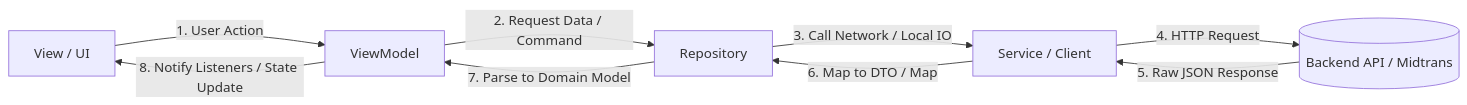
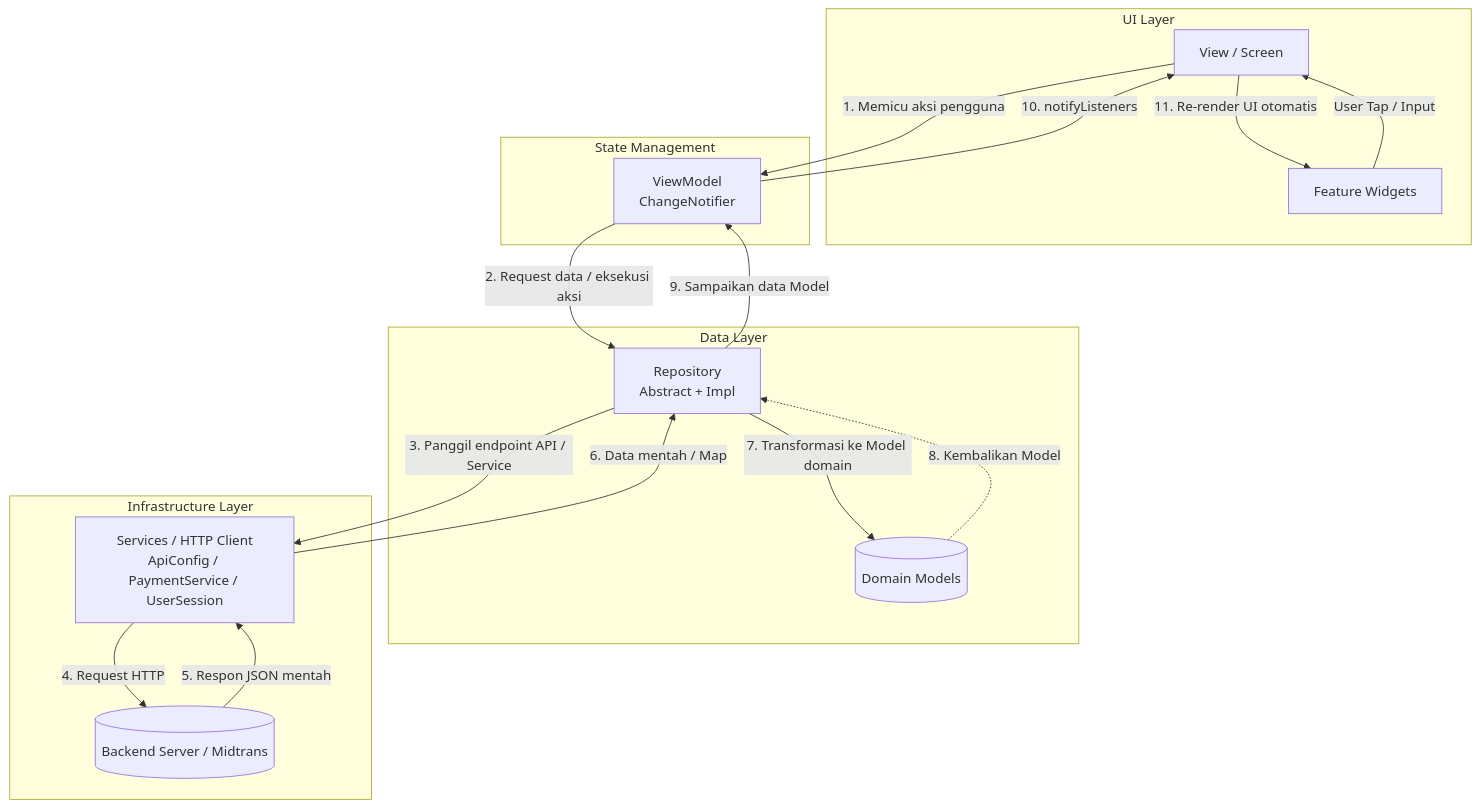
The diagram in ARCHITECTURE.md (maskrisnaaji-cmyk/mobile-app-rbr), drawn with Mermaid before and after one commit. The commit also changed other lines of this file and 7 other files, not shown here.

Commit message:
docs: perbarui ARCHITECTURE.md sesuai struktur final MVVM dan hapus file log sementara

````diff
--- a/ARCHITECTURE.md
+++ b/ARCHITECTURE.md
@@ -174,11 +215,34 @@
 ```mermaid
-flowchart LR
-    A[View / UI] -->|1. User Action| B[ViewModel]
-    B -->|2. Request Data / Command| C[Repository]
-    C -->|3. Call Network / Local IO| D[Service / Client]
-    D -->|4. HTTP Request| E[(Backend API / Midtrans)]
-    E -->|5. Raw JSON Response| D
-    D -->|6. Map to DTO / Map| C
-    C -->|7. Parse to Domain Model| B
-    B -->|8. Notify Listeners / State Update| A
+flowchart TD
+    subgraph UI Layer
+        V[View / Screen]
+        W[Feature Widgets]
+    end
+
+    subgraph State Management
+        VM[ViewModel\nChangeNotifier]
+    end
+
+    subgraph Data Layer
+        R[Repository\nAbstract + Impl]
+        M[(Domain Models)]
+    end
+
+    subgraph Infrastructure Layer
+        S[Services / HTTP Client\nApiConfig / PaymentService / UserSession]
+        API[(Backend Server / Midtrans)]
+    end
+
+    V -->|1. Memicu aksi pengguna| VM
+    W -->|User Tap / Input| V
+    VM -->|2. Request data / eksekusi aksi| R
+    R -->|3. Panggil endpoint API / Service| S
+    S -->|4. Request HTTP| API
+    API -->|5. Respon JSON mentah| S
+    S -->|6. Data mentah / Map| R
+    R -->|7. Transformasi ke Model domain| M
+    M -.->|8. Kembalikan Model| R
+    R -->|9. Sampaikan data Model| VM
+    VM -->|10. notifyListeners| V
+    V -->|11. Re-render UI otomatis| W
 ```
````
